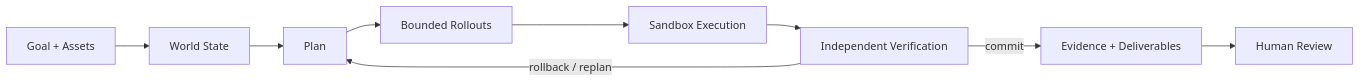
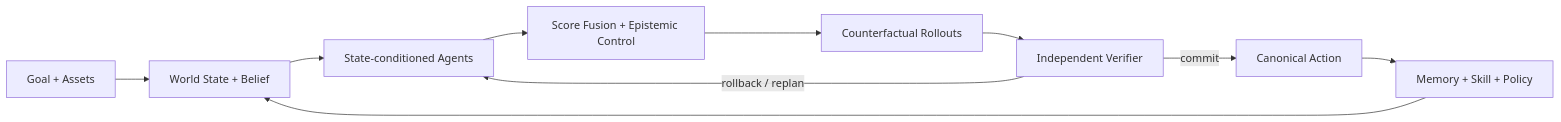
One commit to jiaweine/lingjing-game-studio changed the diagram in README.md. Above: the diagram before and after it, drawn with Mermaid. The commit also changed other lines of this file, not shown here.

````diff
--- a/README.md
+++ b/README.md
@@ -117,11 +125,12 @@
 ```mermaid
 flowchart LR
-    A[Goal + Assets] --> B[World State]
-    B --> C[Plan]
-    C --> D[Bounded Rollouts]
-    D --> E[Sandbox Execution]
-    E --> F[Independent Verification]
-    F -->|commit| G[Evidence + Deliverables]
+    A[Goal + Assets] --> B[World State + Belief]
+    B --> C[State-conditioned Agents]
+    C --> D[Score Fusion + Epistemic Control]
+    D --> E[Counterfactual Rollouts]
+    E --> F[Independent Verifier]
+    F -->|commit| G[Canonical Action]
     F -->|rollback / replan| C
-    G --> H[Human Review]
+    G --> H[Memory + Skill + Policy]
+    H --> B
 ```
````
